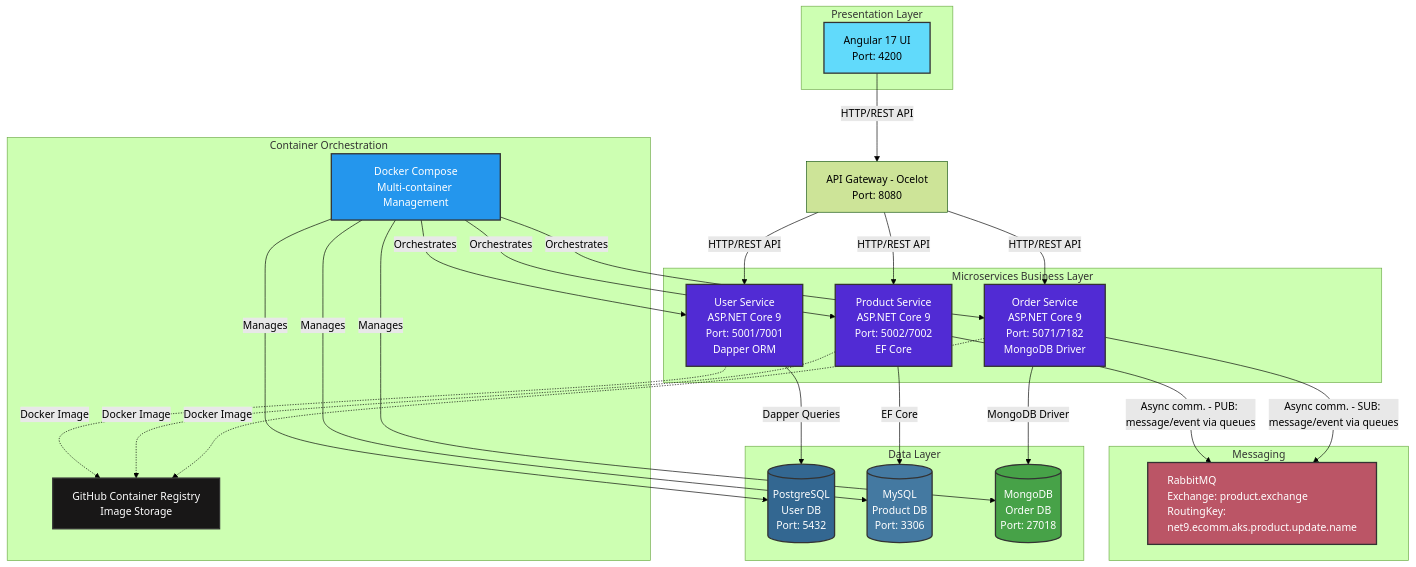
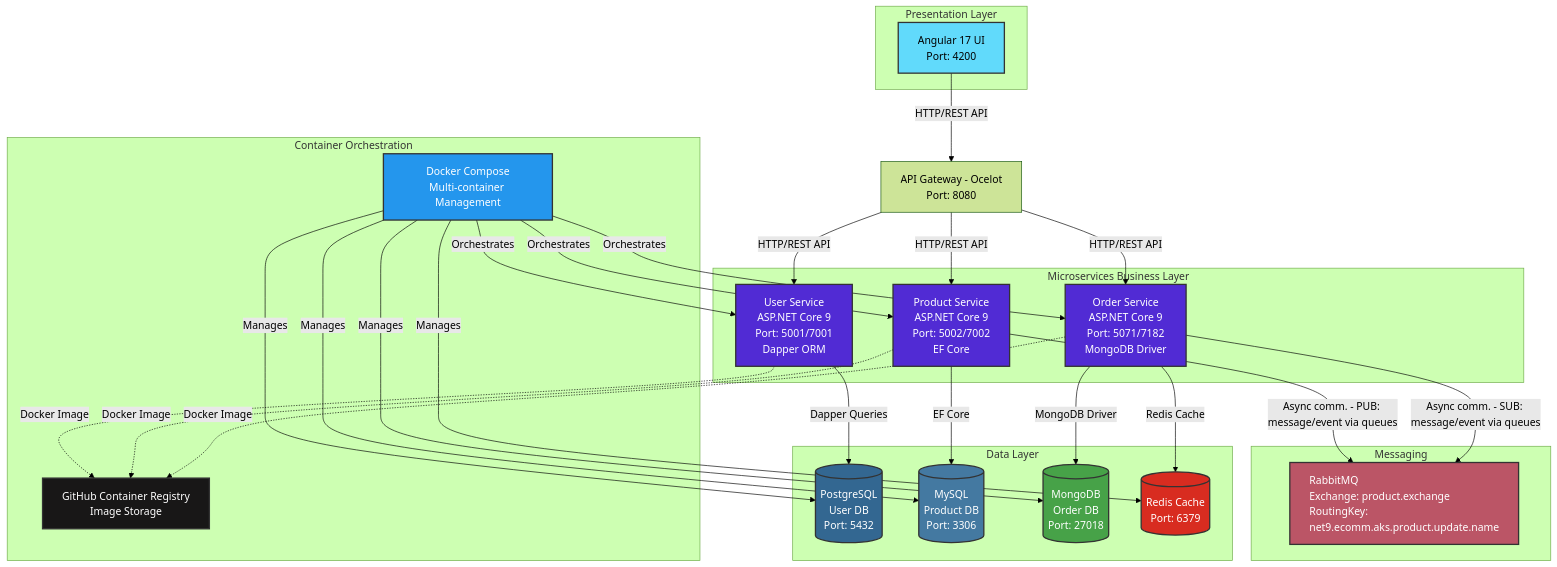
The first of 6 diagrams in docs/architecture.md (pandyamehul/.Net8-eCommerce-az-aks-devops), drawn with Mermaid (forest theme) before and after one commit. The commit also changed other lines of this file and 1 other file, not shown here.

````diff
--- a/docs/architecture.md
+++ b/docs/architecture.md
@@ -7,73 +7,76 @@
 ```mermaid
 graph TB
     subgraph Presentation Layer
         UI[Angular 17 UI<br/>Port: 4200]
     end
 
     subgraph Microservices Business Layer
         US[User Service<br/>ASP.NET Core 9<br/>Port: 5001/7001<br/>Dapper ORM]
         PS[Product Service<br/>ASP.NET Core 9<br/>Port: 5002/7002<br/>EF Core]
         OS[Order Service<br/>ASP.NET Core 9<br/>Port: 5071/7182<br/>MongoDB Driver]
     end
 
     subgraph Messaging
         RMQ[RabbitMQ<br/>Exchange: product.exchange<br/>RoutingKey: net9.ecomm.aks.product.update.name]
     end
 
     subgraph Data Layer
         PG[(PostgreSQL<br/>User DB<br/>Port: 5432)]
         MY[(MySQL<br/>Product DB<br/>Port: 3306)]
         MG[(MongoDB<br/>Order DB<br/>Port: 27018)]
+        RED[(Redis Cache<br/>Port: 6379)]
     end
 
     subgraph Container Orchestration
         Docker[Docker Compose<br/>Multi-container Management]
         GHCR[GitHub Container Registry<br/>Image Storage]
     end
 
     %% subgraph Infrastructure
     %%     LinuxVM[Linux VM <br> Docker Host <br> Deployment Target]
     %% end
 
     UI --> |HTTP/REST API| AG
     AG[API Gateway - Ocelot<br/>Port: 8080]
 
     AG --> |HTTP/REST API| US
     AG --> |HTTP/REST API| PS
     AG --> |HTTP/REST API| OS
 
     PS --> | Async comm. - PUB: message/event via queues | RMQ   
     OS --> | Async comm. - SUB: message/event via queues | RMQ
     
-
     US --> |Dapper Queries| PG
     PS --> |EF Core| MY
     OS --> |MongoDB Driver| MG    
+    OS --> |Redis Cache| RED    
 
     US -.-> |Docker Image| GHCR
     PS -.-> |Docker Image| GHCR
     OS -.-> |Docker Image| GHCR
 
     Docker --> |Orchestrates| US
     Docker --> |Orchestrates| PS
     Docker --> |Orchestrates| OS
     Docker --> |Manages| PG
     Docker --> |Manages| MY
     Docker --> |Manages| MG
-
+    Docker --> |Manages| RED
     %% GHCR -.->|Deploy| LinuxVM
     %% Docker -.->|Runs On| LinuxVM
 
     style UI fill:#61DAFB,stroke:#333,stroke-width:2px,color:#000
     style US fill:#512BD4,stroke:#333,stroke-width:2px,color:#fff
     style PS fill:#512BD4,stroke:#333,stroke-width:2px,color:#fff
     style OS fill:#512BD4,stroke:#333,stroke-width:2px,color:#fff
     style PG fill:#336791,stroke:#333,stroke-width:2px,color:#fff
     style MY fill:#4479A1,stroke:#333,stroke-width:2px,color:#fff
     style MG fill:#47A248,stroke:#333,stroke-width:2px,color:#fff
     style Docker fill:#2496ED,stroke:#333,stroke-width:2px,color:#fff
     style GHCR fill:#181717,stroke:#333,stroke-width:2px,color:#fff
     style Docker fill:#2496ED,stroke:#333,stroke-width:2px,color:#fff
     style GHCR fill:#181717,stroke:#333,stroke-width:2px,color:#fff
     style RMQ fill:#BB5566,stroke:#333,stroke-width:2px,color:#fff,text-align:left
+    style RED fill:#D82C20,stroke:#333,stroke-width:2px,color:#fff
+        
 ```
````
